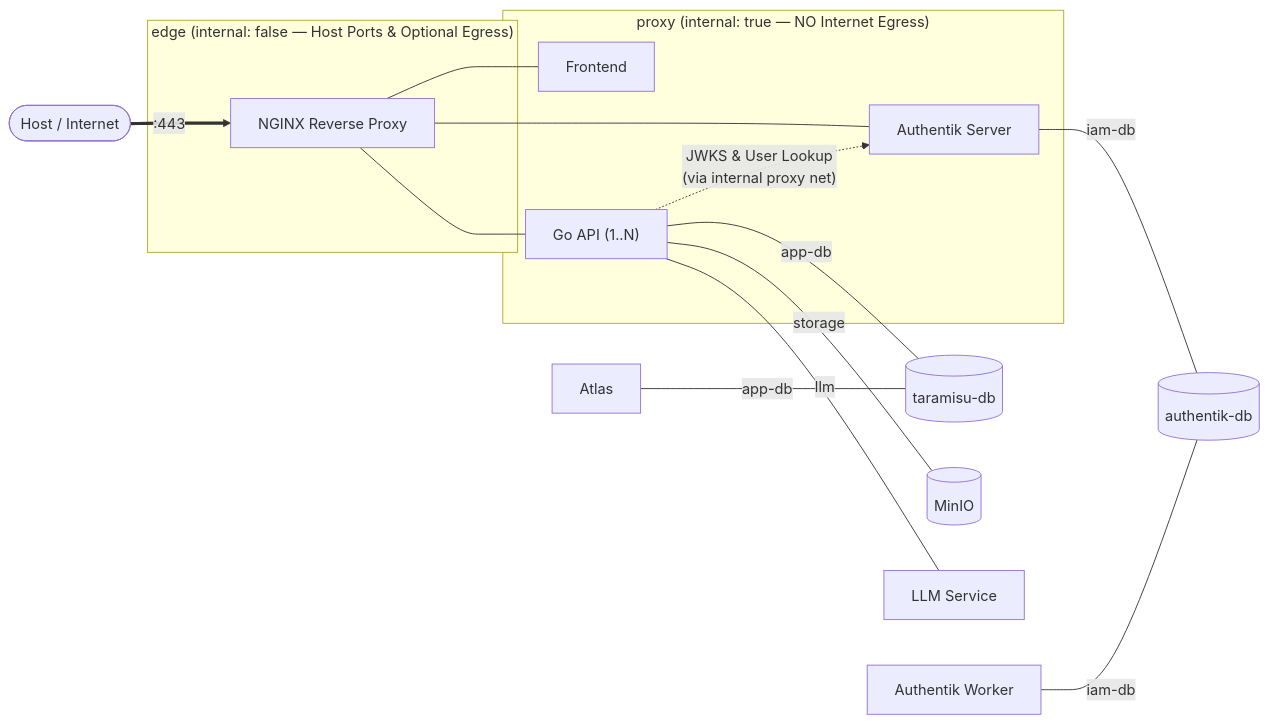
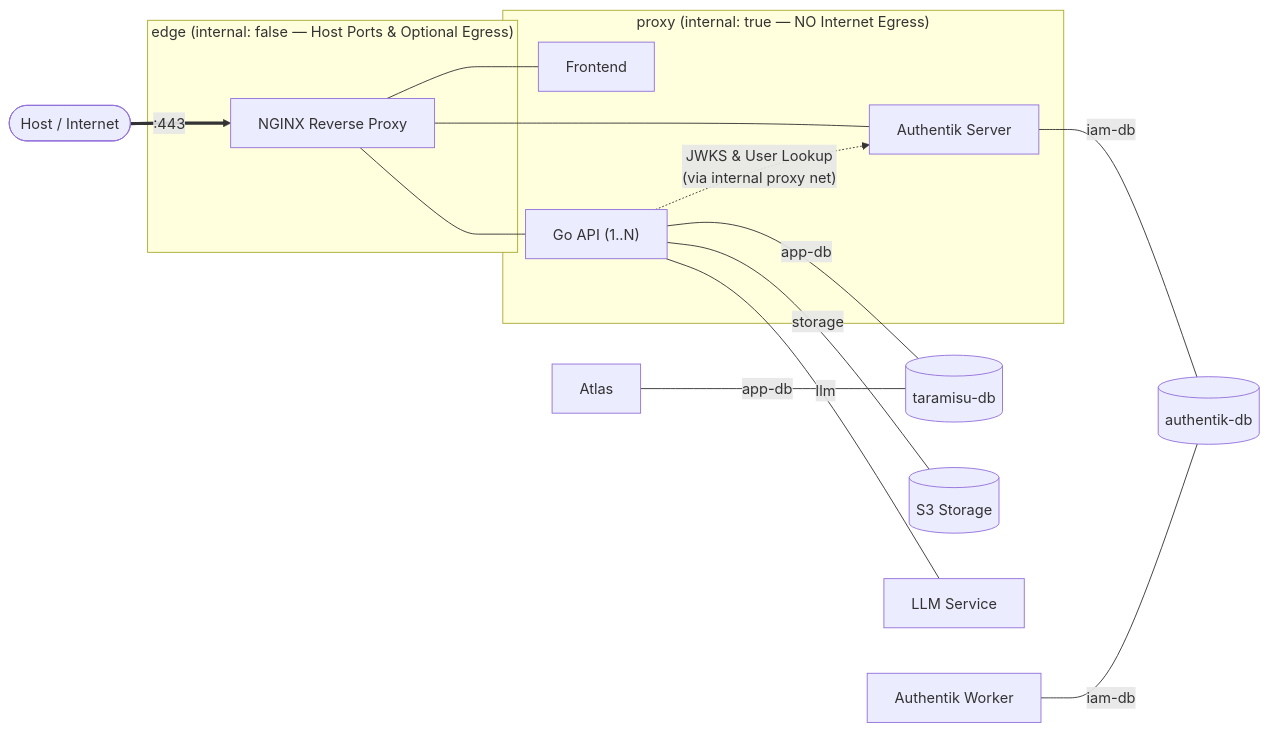
Before and after one commit to thi-taramisu/taramisu: the second of 2 diagrams in docs/internal/architecture/architecture-overview.md, drawn with Mermaid. The commit also changed other lines of this file, not shown here.

Commit message:
removed MinIO; more generic wording with recommendation of Garage or SeaweedFS

````diff
--- a/docs/internal/architecture/architecture-overview.md
+++ b/docs/internal/architecture/architecture-overview.md
@@ -106,25 +106,25 @@
 ```mermaid
 flowchart LR
     Host([Host / Internet]) ==>|":443"| Proxy["NGINX Reverse Proxy"]
 
     subgraph net_edge ["edge (internal: false — Host Ports & Optional Egress)"]
         Proxy
     end
 
     subgraph net_proxy ["proxy (internal: true — NO Internet Egress)"]
         Proxy --- FE["Frontend"]
         Proxy --- API["Go API (1..N)"]
         Proxy --- AS["Authentik Server"]
         API -.->|"JWKS & User Lookup<br/>(via internal proxy net)"| AS
     end
 
     API ---|app-db| AppDB[("taramisu-db")]
     Atlas["Atlas"] ---|app-db| AppDB
 
     AS ---|iam-db| IAMDB[("authentik-db")]
     AW["Authentik Worker"] ---|iam-db| IAMDB
 
-    API ---|storage| MinIO[("MinIO")]
+    API ---|storage| ObjStore[("S3 Storage")]
 
     API ---|llm| LLM["LLM Service"]
 ```
````
